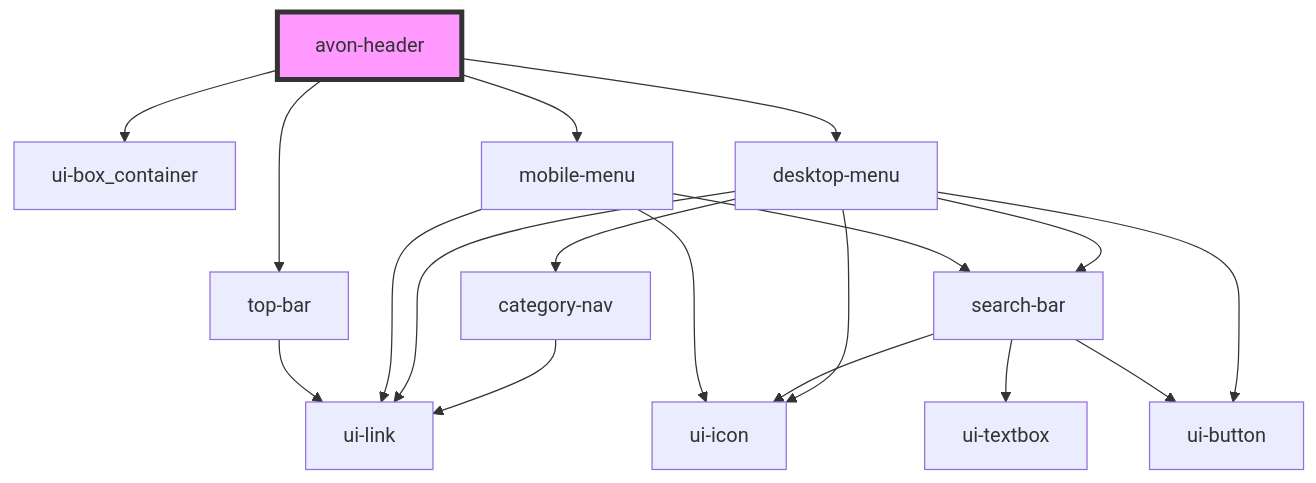
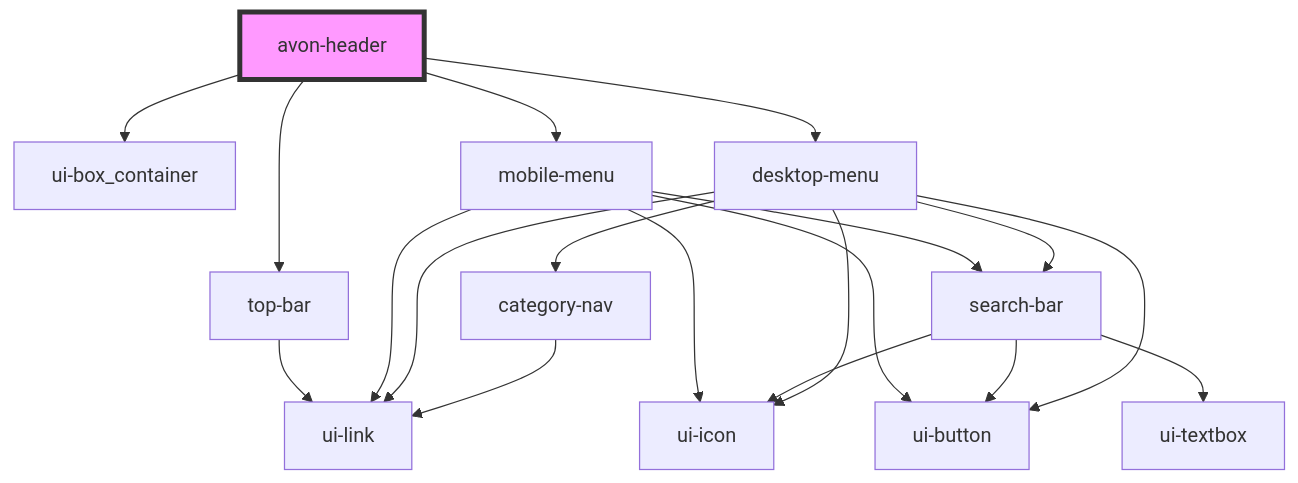
One commit to ankitghanekar-hcl/ui-shared-web-components changed the diagram in src/components/avon-header/readme.md. Above: the diagram before and after it, drawn with Mermaid. The commit also changed 21 other files, not shown here.

````diff
--- a/src/components/avon-header/readme.md
+++ b/src/components/avon-header/readme.md
@@ -22,21 +22,22 @@
 ```mermaid
 graph TD;
   avon-header --> ui-box_container
   avon-header --> top-bar
   avon-header --> mobile-menu
   avon-header --> desktop-menu
   top-bar --> ui-link
+  mobile-menu --> ui-link
   mobile-menu --> ui-icon
-  mobile-menu --> ui-link
+  mobile-menu --> ui-button
   mobile-menu --> search-bar
   search-bar --> ui-textbox
   search-bar --> ui-button
   search-bar --> ui-icon
   desktop-menu --> search-bar
   desktop-menu --> ui-button
   desktop-menu --> ui-icon
   desktop-menu --> ui-link
   desktop-menu --> category-nav
   category-nav --> ui-link
   style avon-header fill:#f9f,stroke:#333,stroke-width:4px
 ```
````
